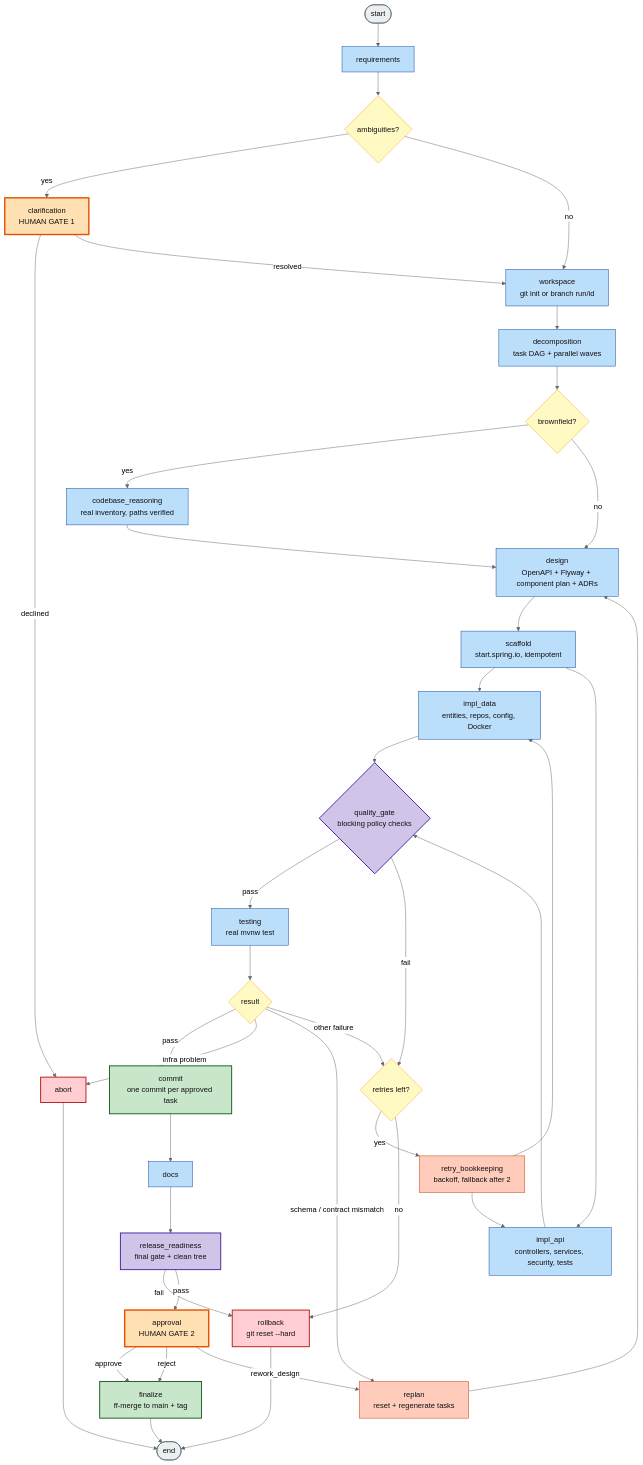
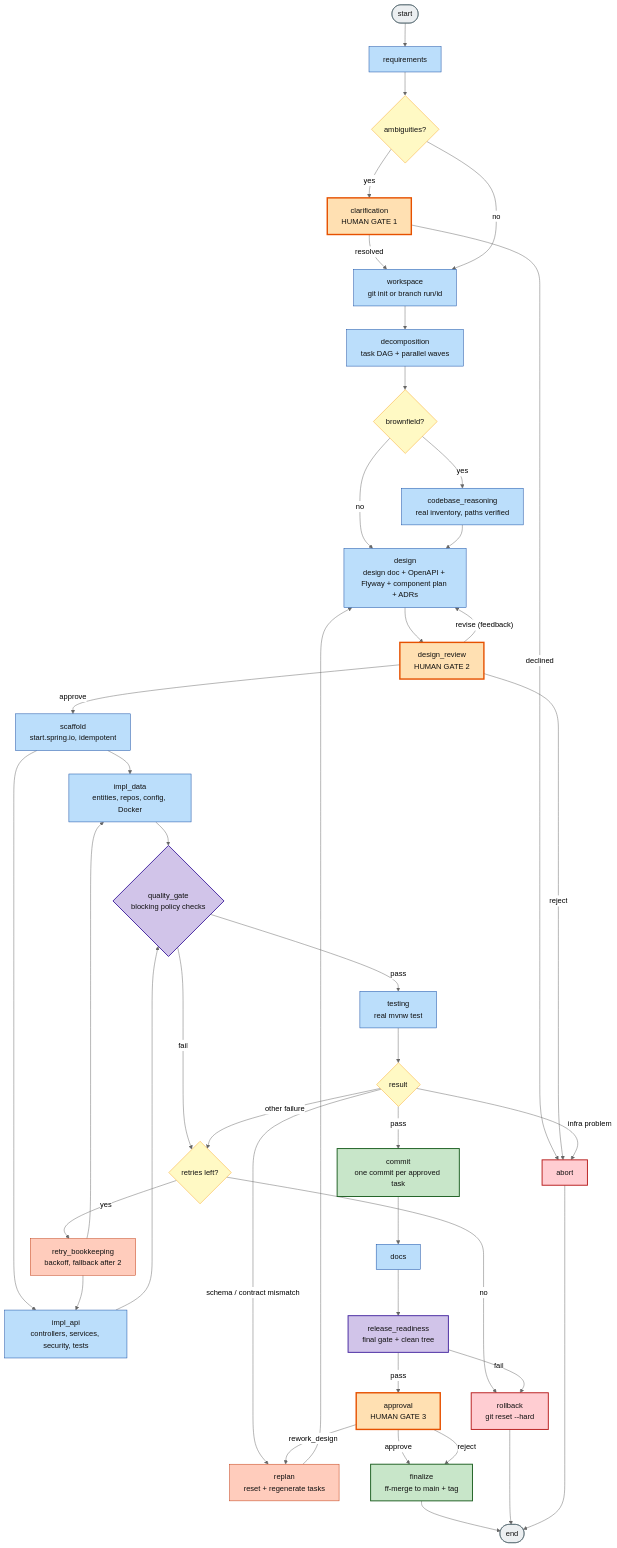
One commit to ajayrahul11/agentic-sdlc-system changed the second of 5 diagrams in README.md. Above: the diagram before and after it, drawn with Mermaid (neutral theme). The commit also changed other lines of this file and 12 other files, not shown here.

First line of the commit message:
Add design document and human design-review gate before codegen

````diff
--- a/README.md
+++ b/README.md
@@ -111,56 +114,59 @@
 ```mermaid
 flowchart TD
     start([start]) --> req[requirements]
     req --> amb{ambiguities?}
     amb -- yes --> clar["clarification<br/>HUMAN GATE 1"]
     clar -- declined --> abort[abort]
-    clar -- resolved --> ws
-    amb -- no --> ws[workspace<br/>git init or branch run/id]
-    ws --> dec["decomposition<br/>task DAG + parallel waves"]
+    clar -- resolved --> workspace
+    amb -- no --> workspace[workspace<br/>git init or branch run/id]
+    workspace --> dec["decomposition<br/>task DAG + parallel waves"]
     dec --> bf{brownfield?}
     bf -- yes --> cbr["codebase_reasoning<br/>real inventory, paths verified"]
-    bf -- no --> des
-    cbr --> des["design<br/>OpenAPI + Flyway + component plan + ADRs"]
-    des --> scf["scaffold<br/>start.spring.io, idempotent"]
+    bf -- no --> design
+    cbr --> design["design<br/>design doc + OpenAPI + Flyway + component plan + ADRs"]
+    design --> dreview["design_review<br/>HUMAN GATE 2"]
+    dreview -- approve --> scf["scaffold<br/>start.spring.io, idempotent"]
+    dreview -- "revise (feedback)" --> design
+    dreview -- reject --> abort
     scf --> d["impl_data<br/>entities, repos, config, Docker"]
     scf --> a["impl_api<br/>controllers, services, security, tests"]
-    d --> qg
-    a --> qg{"quality_gate<br/>blocking policy checks"}
-    qg -- pass --> test["testing<br/>real mvnw test"]
-    qg -- fail --> rr1{retries left?}
+    d --> quality_gate
+    a --> quality_gate{"quality_gate<br/>blocking policy checks"}
+    quality_gate -- pass --> test["testing<br/>real mvnw test"]
+    quality_gate -- fail --> rr1{retries left?}
     test --> cls{result}
     cls -- pass --> commit["commit<br/>one commit per approved task"]
     cls -- "infra problem" --> abort
     cls -- "schema / contract mismatch" --> rp["replan<br/>reset + regenerate tasks"]
     cls -- "other failure" --> rr1
     rr1 -- yes --> rb["retry_bookkeeping<br/>backoff, fallback after 2"]
     rr1 -- no --> rbk["rollback<br/>git reset --hard"]
     rb --> d
     rb --> a
-    rp --> des
+    rp --> design
     commit --> docs --> rel["release_readiness<br/>final gate + clean tree"]
     rel -- fail --> rbk
-    rel -- pass --> appr["approval<br/>HUMAN GATE 2"]
+    rel -- pass --> appr["approval<br/>HUMAN GATE 3"]
     appr -- approve --> fin["finalize<br/>ff-merge to main + tag"]
     appr -- reject --> fin
     appr -- rework_design --> rp
     fin --> done([end])
     rbk --> done
     abort --> done
     classDef agent fill:#BBDEFB,stroke:#0D47A1,color:#111
     classDef human fill:#FFE0B2,stroke:#E65100,stroke-width:3px,color:#111
     classDef decision fill:#FFF9C4,stroke:#F9A825,color:#111
     classDef gate fill:#D1C4E9,stroke:#4527A0,stroke-width:2px,color:#111
     classDef recover fill:#FFCCBC,stroke:#BF360C,color:#111
     classDef bad fill:#FFCDD2,stroke:#B71C1C,stroke-width:2px,color:#111
     classDef good fill:#C8E6C9,stroke:#1B5E20,stroke-width:2px,color:#111
     classDef edge fill:#ECEFF1,stroke:#455A64,color:#111
-    class req,dec,cbr,des,scf,d,a,test,docs,ws agent
-    class clar,appr human
+    class req,dec,cbr,design,scf,d,a,test,docs,workspace agent
+    class clar,dreview,appr human
     class amb,bf,cls,rr1 decision
-    class qg,rel gate
+    class quality_gate,rel gate
     class rb,rp recover
     class abort,rbk bad
     class commit,fin good
     class start,done edge
 ```
````
